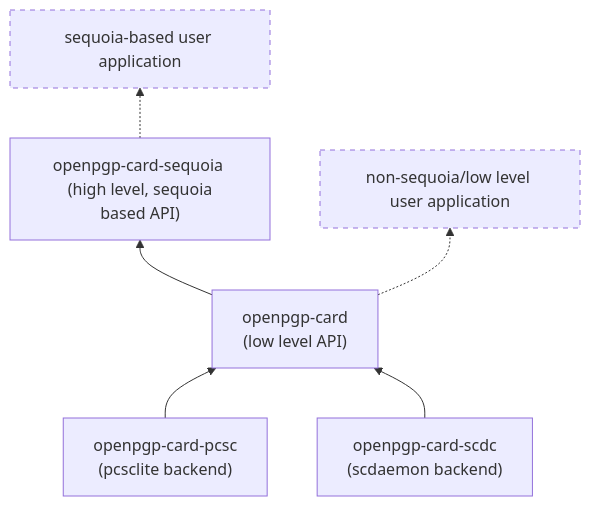
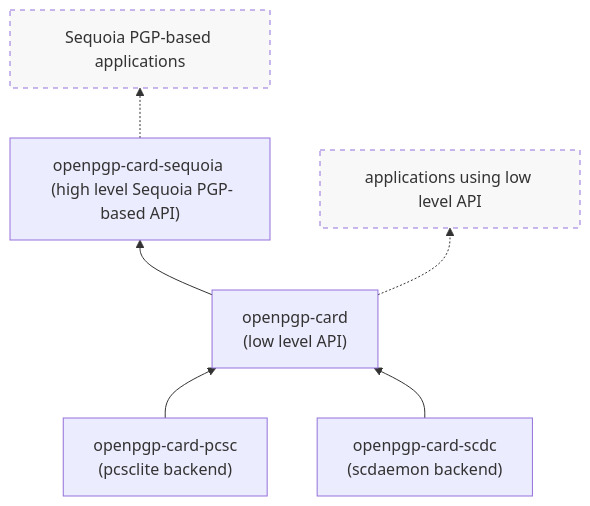
One commit to tsprlng/useful-pgp-agent changed the diagram in README.md. Above: the diagram before and after it, drawn with Mermaid. The commit also changed other lines of this file, not shown here.

Commit message:
Adjust graph details, add some more detail to the backends section.

````diff
--- a/README.md
+++ b/README.md
@@ -29,11 +29,11 @@
 ```mermaid
 graph BT
     OP["openpgp-card-pcsc <br/> (pcsclite backend)"] --> OC
     OS["openpgp-card-scdc <br/> (scdaemon backend)"] --> OC["openpgp-card <br/> (low level API)"]
-    OC --> OCS["openpgp-card-sequoia <br/> (high level, sequoia based API)"]
-    OC -.-> U1[non-sequoia/low level user application]
-    OCS -.-> U2[sequoia-based user application]
+    OC --> OCS["openpgp-card-sequoia <br/> (high level Sequoia PGP-based API)"]
+    OC -.-> U2[applications using low level API]
+    OCS -.-> U3[Sequoia PGP-based applications]
 
-classDef userApp stroke-dasharray: 5 5;
-class U1,U2 userApp;
+classDef userApp fill:#f8f8f8,stroke-dasharray: 5 5;
+class U1,U2,U3 userApp;
 ```
````
